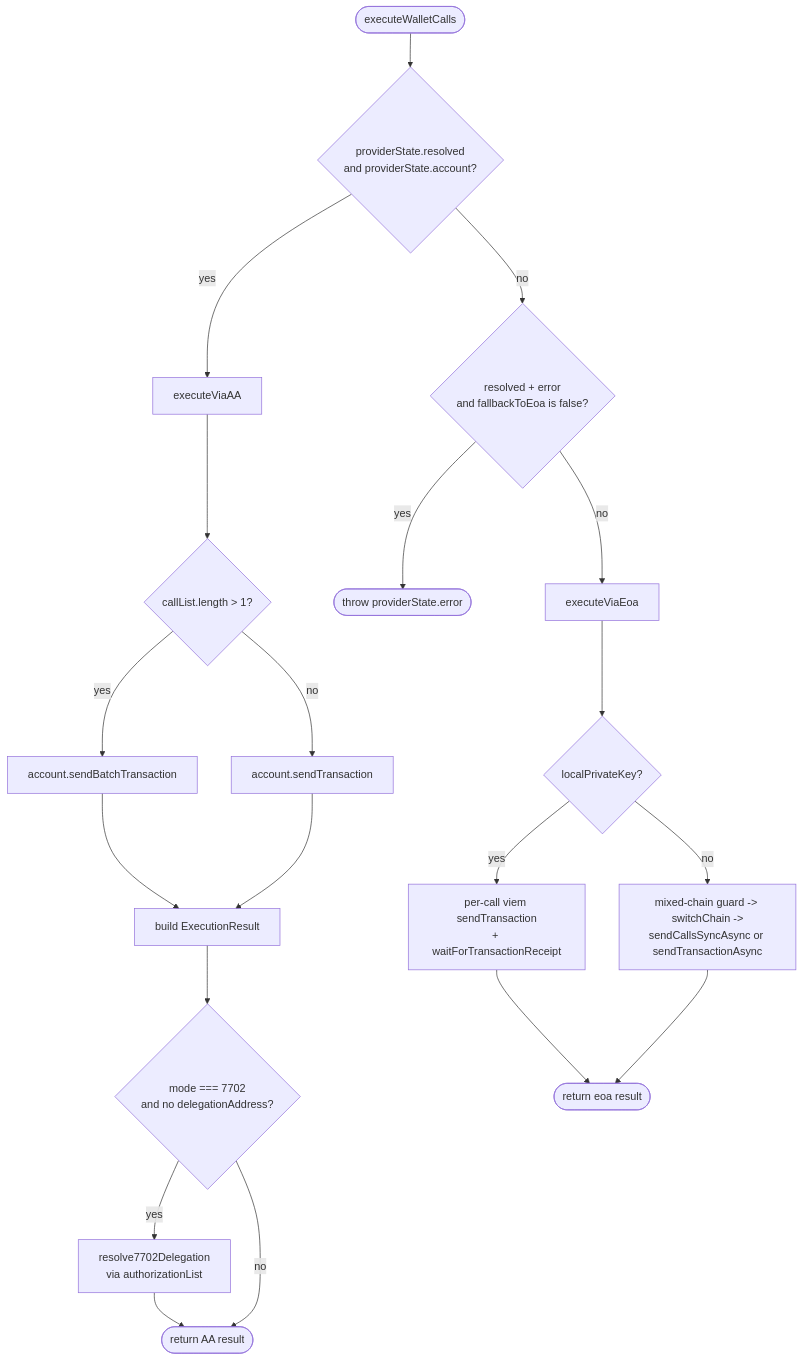
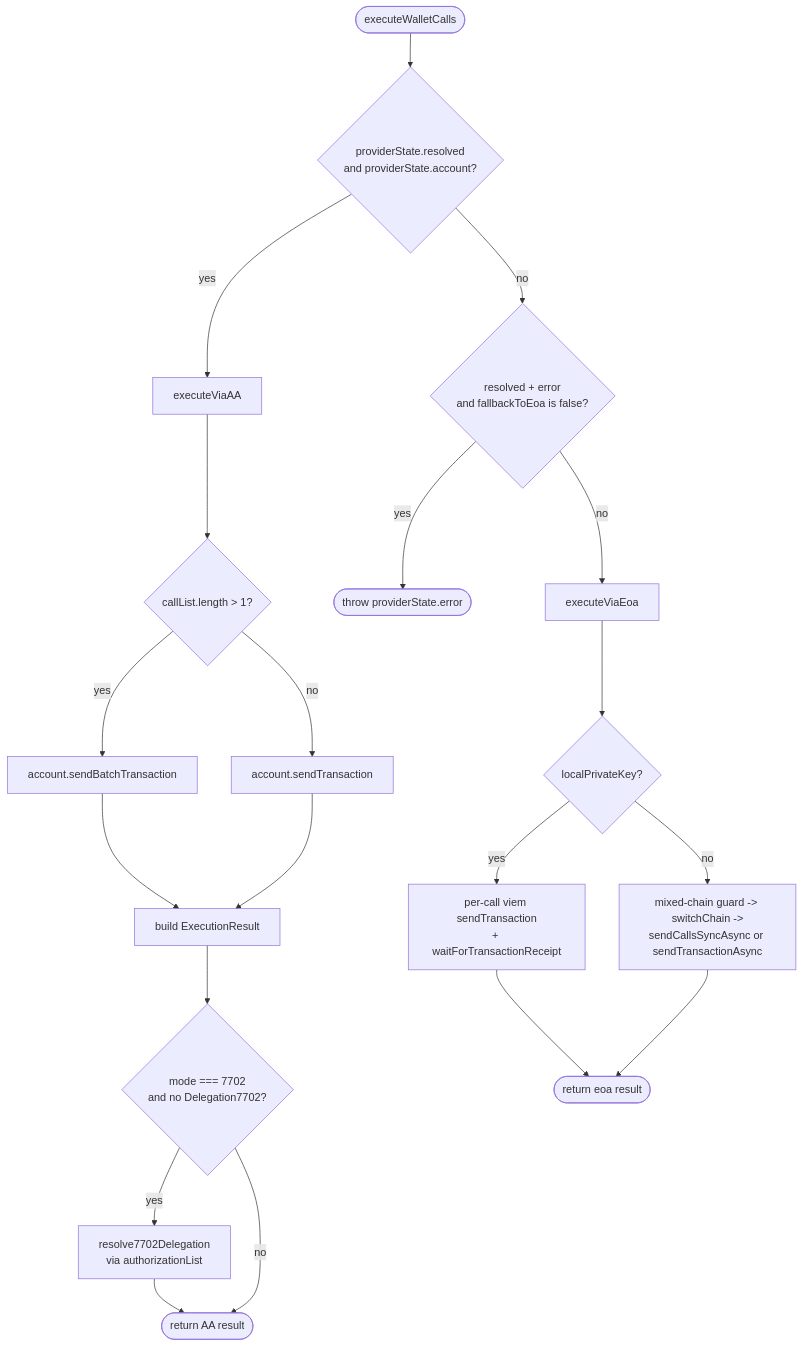
Before and after one commit to aomi-labs/aomi-widget: the seventh of 10 diagrams in specs/AA-ARCH.md, drawn with Mermaid. The commit also changed other lines of this file and 57 other files, not shown here.

````diff
--- a/specs/AA-ARCH.md
+++ b/specs/AA-ARCH.md
@@ -519,27 +519,27 @@
 ```mermaid
 flowchart TD
     START([executeWalletCalls]) --> HAS_AA{providerState.resolved<br/>and providerState.account?}
 
     HAS_AA -->|yes| VIA_AA[executeViaAA]
     HAS_AA -->|no| HARD_FAIL{resolved + error<br/>and fallbackToEoa is false?}
 
     HARD_FAIL -->|yes| THROW_ERR([throw providerState.error])
     HARD_FAIL -->|no| VIA_EOA[executeViaEoa]
 
     VIA_AA --> BATCH{callList.length > 1?}
     BATCH -->|yes| AA_BATCH[account.sendBatchTransaction]
     BATCH -->|no| AA_SINGLE[account.sendTransaction]
     AA_BATCH --> AA_POST[build ExecutionResult]
     AA_SINGLE --> AA_POST
 
-    AA_POST --> DELEG{mode === 7702<br/>and no delegationAddress?}
+    AA_POST --> DELEG{mode === 7702<br/>and no Delegation7702?}
     DELEG -->|yes| FETCH_TX[resolve7702Delegation<br/>via authorizationList]
     DELEG -->|no| RETURN_AA([return AA result])
     FETCH_TX --> RETURN_AA
 
     VIA_EOA --> LOCAL_PK{localPrivateKey?}
     LOCAL_PK -->|yes| EOA_PK[per-call viem sendTransaction<br/>+ waitForTransactionReceipt]
     LOCAL_PK -->|no| WALLET_PATH[mixed-chain guard -> switchChain -><br/>sendCallsSyncAsync or sendTransactionAsync]
     EOA_PK --> RETURN_EOA([return eoa result])
     WALLET_PATH --> RETURN_EOA
 ```
````
